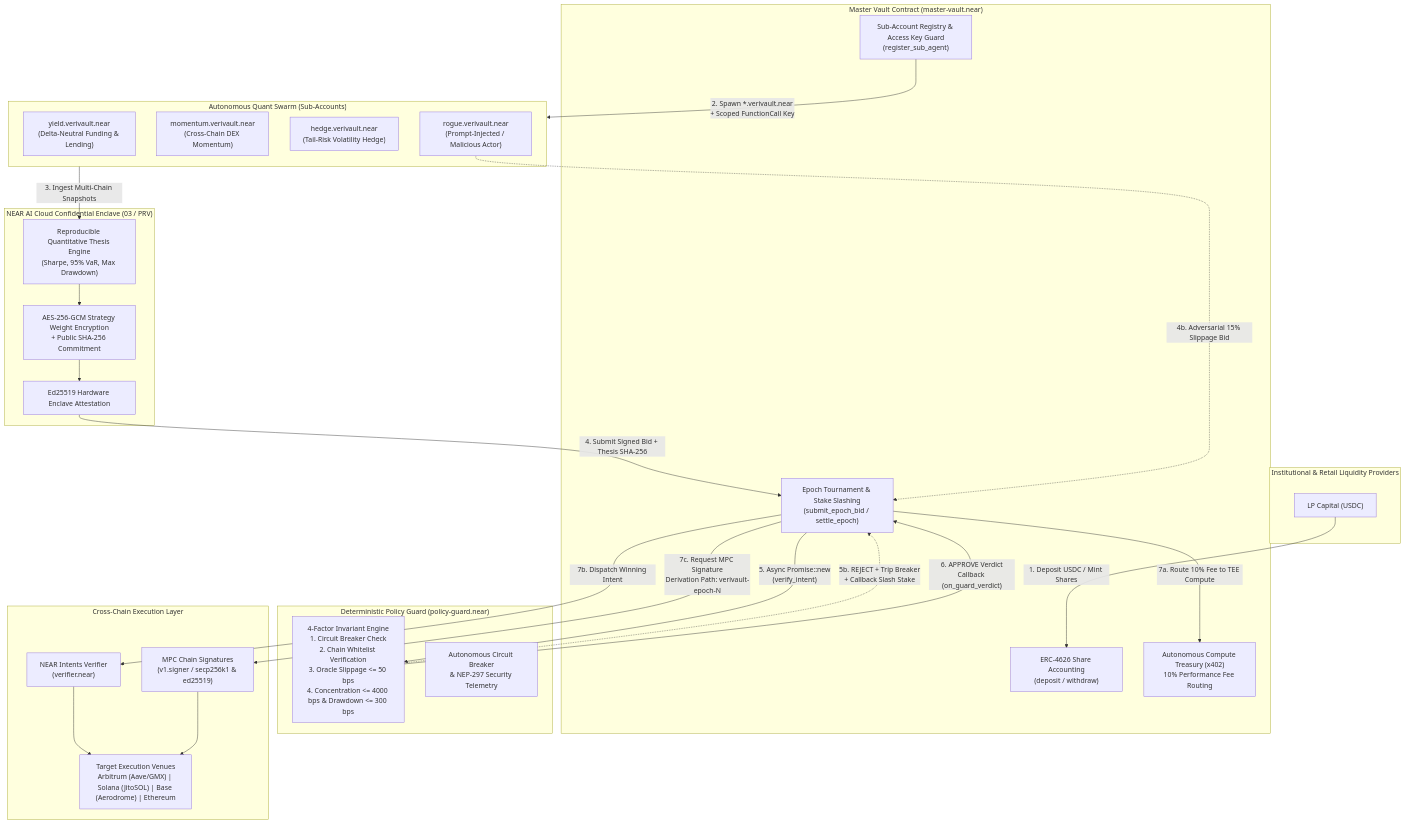
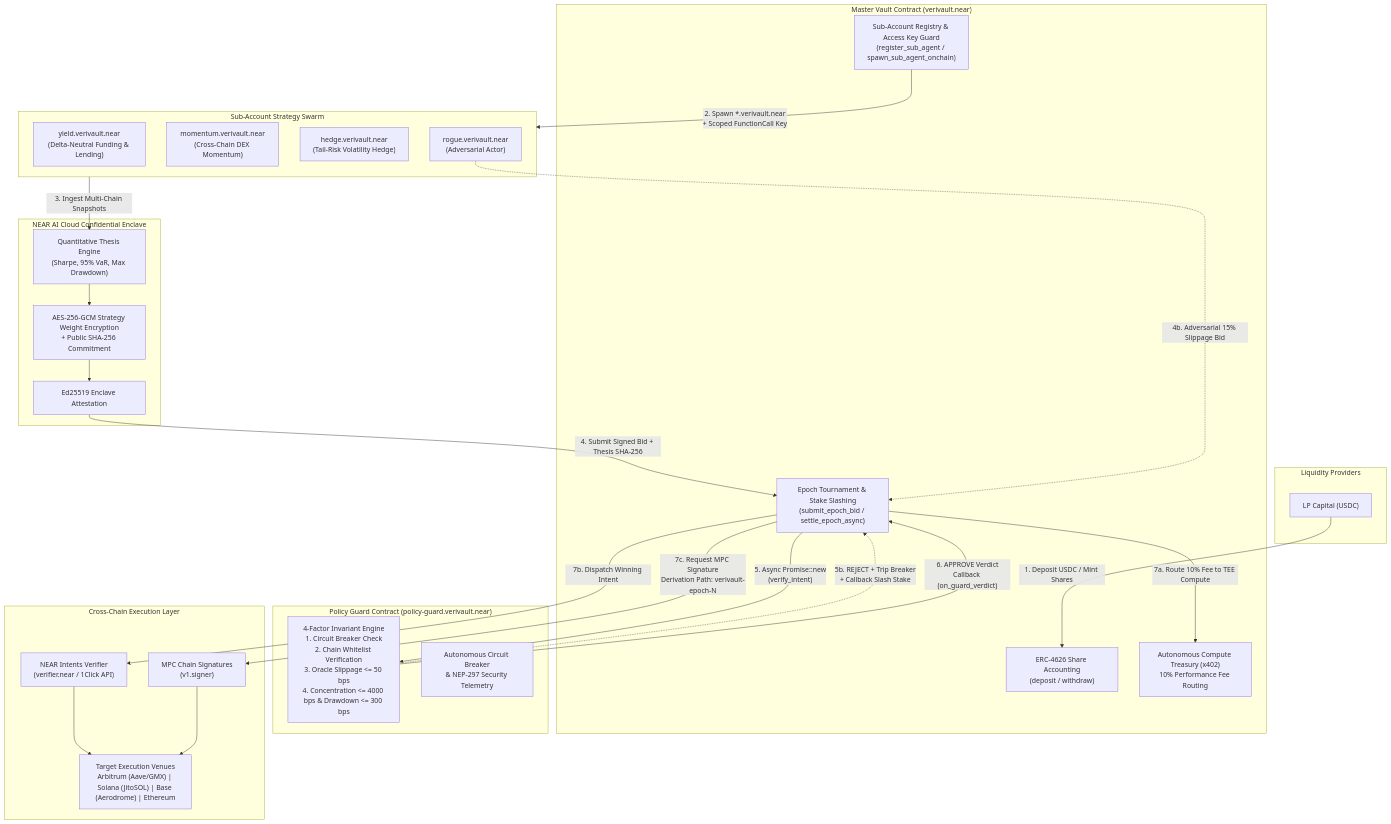
The first of 2 diagrams in ARCHITECTURE.md (gabrieltemtsen/veri-vault), drawn with Mermaid before and after one commit. The commit also changed other lines of this file and 13 other files, not shown here.

Commit message:
docs: streamline architecture docs and clean up module comments

````diff
--- a/ARCHITECTURE.md
+++ b/ARCHITECTURE.md
@@ -12,53 +9,53 @@
 ```mermaid
 flowchart TD
-    subgraph LPs["Institutional & Retail Liquidity Providers"]
+    subgraph LPs["Liquidity Providers"]
         LP["LP Capital (USDC)"]
     end
 
-    subgraph MasterVault["Master Vault Contract (master-vault.near)"]
+    subgraph MasterVault["Master Vault Contract (verivault.near)"]
         ERC4626["ERC-4626 Share Accounting\n(deposit / withdraw)"]
-        SubSpawner["Sub-Account Registry & Access Key Guard\n(register_sub_agent)"]
-        Tournament["Epoch Tournament & Stake Slashing\n(submit_epoch_bid / settle_epoch)"]
+        SubSpawner["Sub-Account Registry & Access Key Guard\n(register_sub_agent / spawn_sub_agent_onchain)"]
+        Tournament["Epoch Tournament & Stake Slashing\n(submit_epoch_bid / settle_epoch_async)"]
         X402["Autonomous Compute Treasury (x402)\n10% Performance Fee Routing"]
     end
 
-    subgraph Swarm["Autonomous Quant Swarm (Sub-Accounts)"]
+    subgraph Swarm["Sub-Account Strategy Swarm"]
         YieldAgent["yield.verivault.near\n(Delta-Neutral Funding & Lending)"]
         MomAgent["momentum.verivault.near\n(Cross-Chain DEX Momentum)"]
         HedgeAgent["hedge.verivault.near\n(Tail-Risk Volatility Hedge)"]
-        RogueAgent["rogue.verivault.near\n(Prompt-Injected / Malicious Actor)"]
+        RogueAgent["rogue.verivault.near\n(Adversarial Actor)"]
     end
 
-    subgraph TEE["NEAR AI Cloud Confidential Enclave (03 / PRV)"]
-        ThesisEngine["Reproducible Quantitative Thesis Engine\n(Sharpe, 95% VaR, Max Drawdown)"]
+    subgraph TEE["NEAR AI Cloud Confidential Enclave"]
+        ThesisEngine["Quantitative Thesis Engine\n(Sharpe, 95% VaR, Max Drawdown)"]
         AlphaCrypt["AES-256-GCM Strategy Weight Encryption\n+ Public SHA-256 Commitment"]
-        Ed25519Attest["Ed25519 Hardware Enclave Attestation"]
+        Ed25519Attest["Ed25519 Enclave Attestation"]
     end
 
-    subgraph PolicyGuard["Deterministic Policy Guard (policy-guard.near)"]
+    subgraph PolicyGuard["Policy Guard Contract (policy-guard.verivault.near)"]
         Invariants["4-Factor Invariant Engine\n1. Circuit Breaker Check\n2. Chain Whitelist Verification\n3. Oracle Slippage <= 50 bps\n4. Concentration <= 4000 bps & Drawdown <= 300 bps"]
         CircuitBreaker["Autonomous Circuit Breaker\n& NEP-297 Security Telemetry"]
     end
 
     subgraph CrossChain["Cross-Chain Execution Layer"]
-        Verifier["NEAR Intents Verifier\n(verifier.near)"]
-        MPCSigner["MPC Chain Signatures\n(v1.signer / secp256k1 & ed25519)"]
+        Verifier["NEAR Intents Verifier\n(verifier.near / 1Click API)"]
+        MPCSigner["MPC Chain Signatures\n(v1.signer)"]
         Chains["Target Execution Venues\nArbitrum (Aave/GMX) | Solana (JitoSOL) | Base (Aerodrome) | Ethereum"]
     end
 
     LP -->|"1. Deposit USDC / Mint Shares"| ERC4626
     SubSpawner -->|"2. Spawn *.verivault.near\n+ Scoped FunctionCall Key"| Swarm
     Swarm -->|"3. Ingest Multi-Chain Snapshots"| ThesisEngine
     ThesisEngine --> AlphaCrypt
     AlphaCrypt --> Ed25519Attest
     Ed25519Attest -->|"4. Submit Signed Bid + Thesis SHA-256"| Tournament
     RogueAgent -.->|"4b. Adversarial 15% Slippage Bid"| Tournament
     Tournament -->|"5. Async Promise::new\n(verify_intent)"| Invariants
     Invariants -.->|"5b. REJECT + Trip Breaker\n+ Callback Slash Stake"| Tournament
     Invariants -->|"6. APPROVE Verdict\nCallback (on_guard_verdict)"| Tournament
     Tournament -->|"7a. Route 10% Fee to TEE Compute"| X402
     Tournament -->|"7b. Dispatch Winning Intent"| Verifier
     Tournament -->|"7c. Request MPC Signature\nDerivation Path: verivault-epoch-N"| MPCSigner
     Verifier --> Chains
     MPCSigner --> Chains
 ```
````
